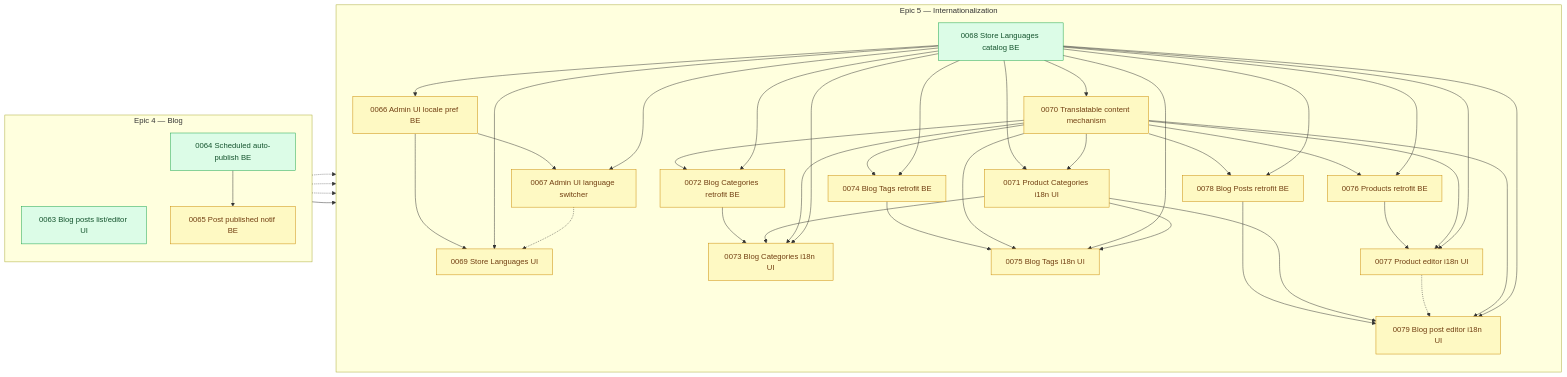
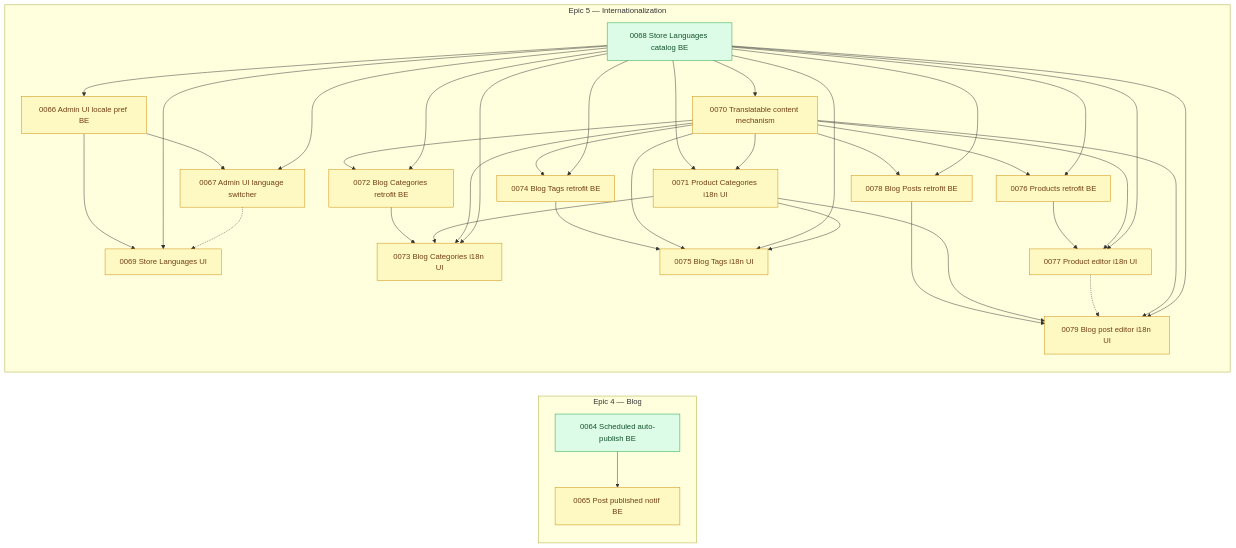
The diagram in arospe/ai-spec/tasks-map.md (shojen/AI4Devs-finalproject), drawn with Mermaid before and after one commit. The commit also changed other lines of this file and 12 other files, not shown here.

````diff
--- a/arospe/ai-spec/tasks-map.md
+++ b/arospe/ai-spec/tasks-map.md
@@ -268,7 +267,6 @@
 
     subgraph PEND_BLOG["Epic 4 — Blog"]
         direction TB
-        P0063["0063 Blog posts list/editor UI"]
         P0064["0064 Scheduled auto-publish BE"]
         P0065["0065 Post published notif BE"]
     end
@@ -335,14 +333,12 @@
     P0070 --> P0071
     P0070 --> P0072
     P0068 --> P0072
-    P0063 -.-> P0072
     P0072 --> P0073
     P0071 --> P0073
     P0070 --> P0073
     P0068 --> P0073
     P0070 --> P0074
     P0068 --> P0074
-    P0063 -.-> P0074
     P0074 --> P0075
     P0070 --> P0075
     P0068 --> P0075
@@ -354,14 +350,12 @@
     P0068 --> P0077
     P0070 --> P0078
     P0068 --> P0078
-    P0063 -.-> P0078
     P0078 --> P0079
-    P0063 --> P0079
     P0071 --> P0079
     P0077 -.-> P0079
     P0070 --> P0079
     P0068 --> P0079
 
     class P0065,P0066,P0067,P0069,P0070,P0071,P0072,P0073,P0074,P0075,P0076,P0077,P0078,P0079 pending;
-    class P0063,P0064,P0068 ready;
+    class P0064,P0068 ready;
 ```
````
